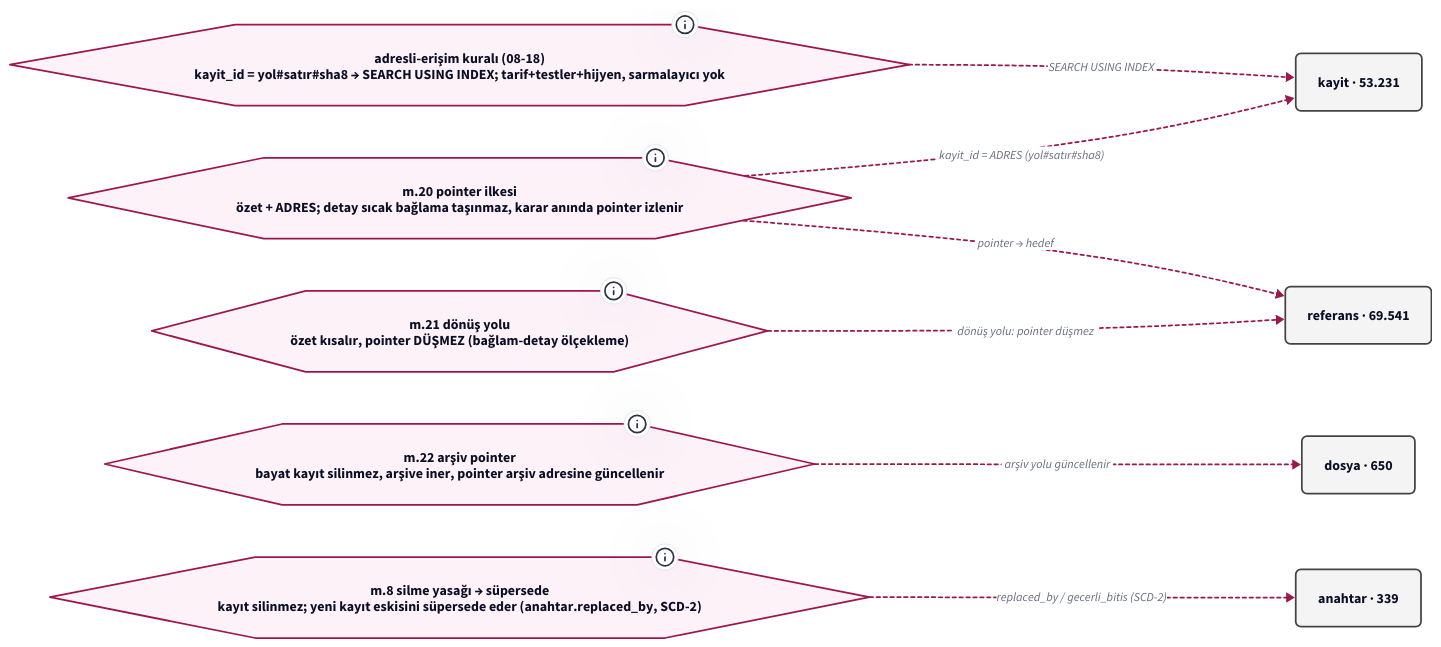
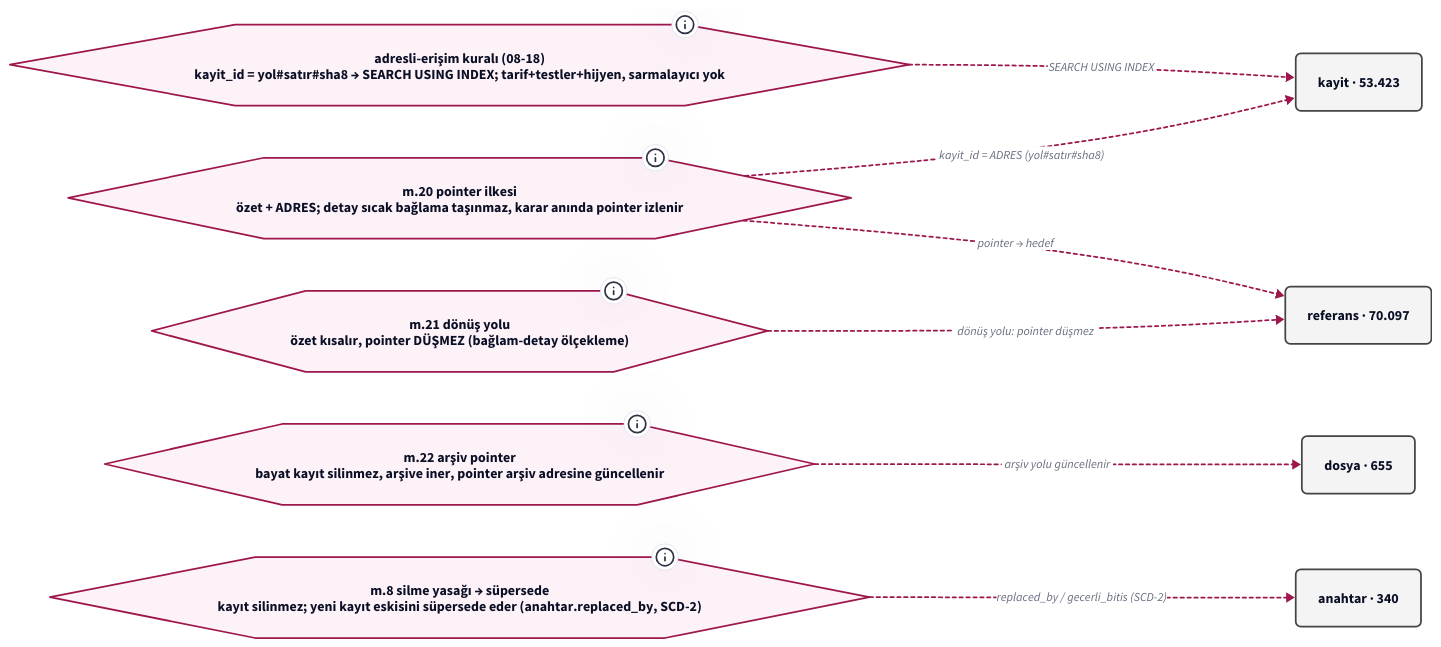
Before and after one commit to salihsahinin/sistem: the diagram in graf/pointer-sistemi-v0-ilke.d2, drawn with D2. The commit also changed 48 other files, not shown here.

```diff
--- a/graf/pointer-sistemi-v0-ilke.d2
+++ b/graf/pointer-sistemi-v0-ilke.d2
@@ -1,33 +1,33 @@
 # Jarvis POINTER SİSTEMİ — POINTER İLKESİ → MEKANİZMA (pano 3/4) (türetilmiş görünüm; ham kaynak silver/bronz)
-# üretici: tools/pointer-graf.py · silver 753e3a1 · HEAD 753e3a1 · d2 v0.8.1-HEAD · render: d2 --layout=elk (ELK bundled; TALA girmez; determinizm yerel sha256 ile ölçülür — Karar 65)
+# üretici: tools/pointer-graf.py · silver 6267183 · HEAD 6267183 · d2 v0.8.1-HEAD · render: d2 --layout=elk (ELK bundled; TALA girmez; determinizm yerel sha256 ile ölçülür — Karar 65)
 # içerik katmanı: düğüm/kenar = silver'dan script türetimi (LLM yazmaz); ilke/kronoloji = kanon SABİTİ (pointer'lı, script içinde); yorum katmanı = bu # satırları
 direction: right
 classes: {
   kutu: { style: { fill: "#F4F4F4"; stroke: "#444444"; font-size: 16; border-radius: 6 } }
   pointer: { style: { fill: "#E8F0FE"; stroke: "#1A56DB"; border-radius: 6 } }
   anahtar: { style: { fill: "#FFF4E5"; stroke: "#B45309"; border-radius: 6 } }
   hat: { style: { fill: "#ECFDF5"; stroke: "#047857"; bold: true; border-radius: 6 } }
   ilke: { shape: hexagon; style: { fill: "#FDF2F8"; stroke: "#9D174D" } }
   kron: { shape: page; style: { fill: "#FFFFFF"; stroke: "#6B7280" } }
   dis: { shape: cloud; style: { fill: "#FAFAFA"; stroke: "#9CA3AF" } }
   kirik: { style: { stroke: "#DC2626"; stroke-dash: 3; font-size: 14 } }
   supersede: { style: { stroke: "#B45309"; stroke-dash: 5 } }
   fk: { style: { stroke: "#444444"; font-size: 14 } }
   turetir: { style: { stroke: "#047857"; stroke-width: 3 } }
   uygular: { style: { stroke: "#9D174D"; stroke-dash: 2; font-size: 14 } }
 }
 adres: "adresli-erişim kuralı (08-18)\nkayit_id = yol#satır#sha8 → SEARCH USING INDEX; tarif+testler+hijyen, sarmalayıcı yok" { class: ilke; tooltip: "KILAVUZ.md tasarım-ilkeleri · kuyruk/senaryo-defteri.md Karar 62" }
 m20: "m.20 pointer ilkesi\nözet + ADRES; detay sıcak bağlama taşınmaz, karar anında pointer izlenir" { class: ilke; tooltip: "core/tuzuk-v0.md m.20 · wiki/pointer-sistemi.md" }
 m21: "m.21 dönüş yolu\nözet kısalır, pointer DÜŞMEZ (bağlam-detay ölçekleme)" { class: ilke; tooltip: "core/tuzuk-v0.md m.21" }
 m22: "m.22 arşiv pointer\nbayat kayıt silinmez, arşive iner, pointer arşiv adresine güncellenir" { class: ilke; tooltip: "core/tuzuk-v0.md m.22" }
 m8: "m.8 silme yasağı → süpersede\nkayıt silinmez; yeni kayıt eskisini süpersede eder (anahtar.replaced_by, SCD-2)" { class: ilke; tooltip: "core/tuzuk-v0.md m.8 · core/baglam-anahtar-kaydi.md §3" }
-kayit: "kayit · 53.231" { class: kutu }
-referans: "referans · 69.541" { class: kutu }
-dosya: "dosya · 650" { class: kutu }
-anahtar: "anahtar · 339" { class: kutu }
+kayit: "kayit · 53.423" { class: kutu }
+referans: "referans · 70.097" { class: kutu }
+dosya: "dosya · 655" { class: kutu }
+anahtar: "anahtar · 340" { class: kutu }
 adres -> kayit: "SEARCH USING INDEX" { class: uygular }
 m20 -> kayit: "kayit_id = ADRES (yol#satır#sha8)" { class: uygular }
 m20 -> referans: "pointer → hedef" { class: uygular }
 m21 -> referans: "dönüş yolu: pointer düşmez" { class: uygular }
 m22 -> dosya: "arşiv yolu güncellenir" { class: uygular }
 m8 -> anahtar: "replaced_by / gecerli_bitis (SCD-2)" { class: uygular }
```
